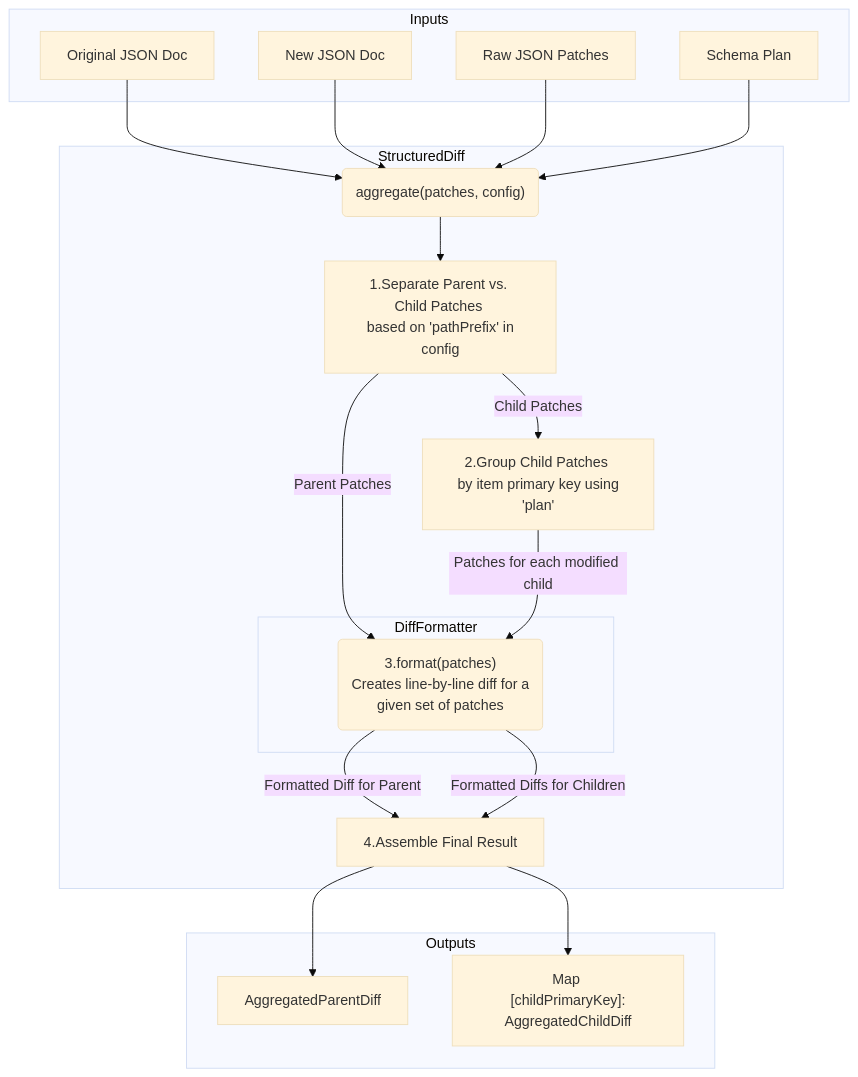
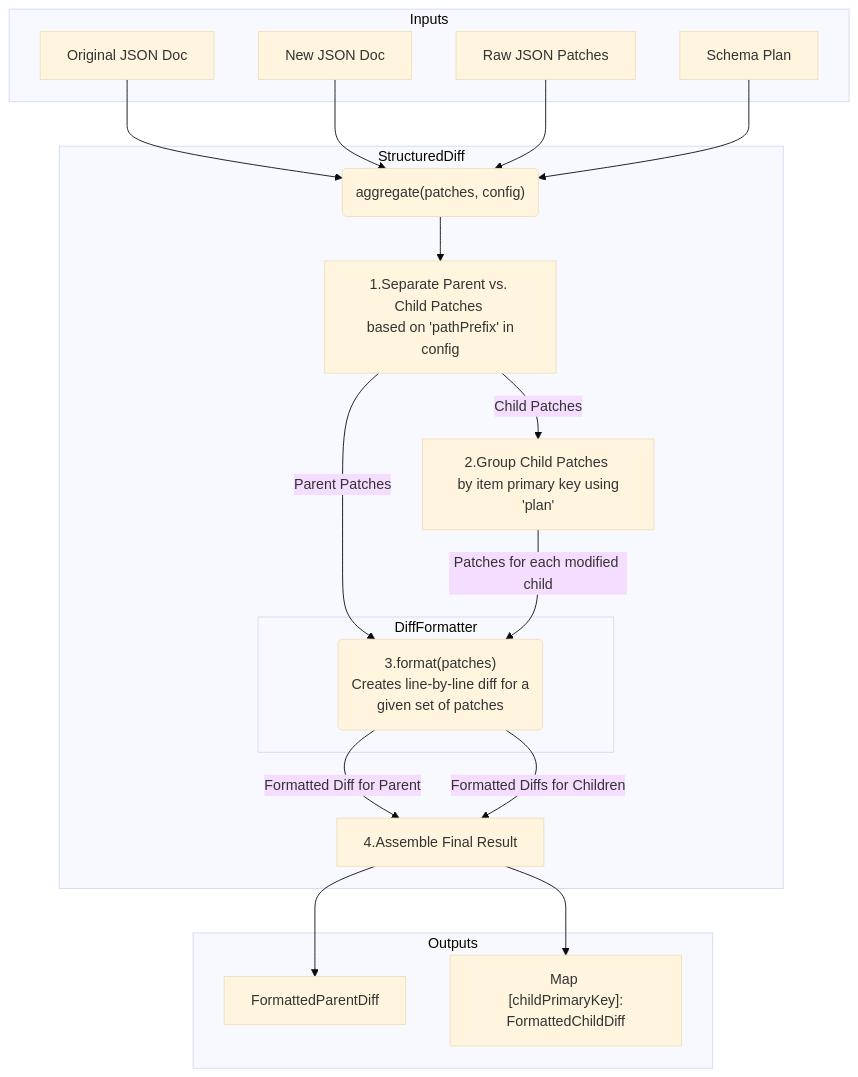
One commit to flightcontrolhq/fast-json-schema-patch changed the diagram in src/aggregators/README.md. Above: the diagram before and after it, drawn with Mermaid (base theme). The commit also changed 30 other files, not shown here.

````diff
--- a/src/aggregators/README.md
+++ b/src/aggregators/README.md
@@ -35,40 +35,40 @@
 ```mermaid
 graph TD
     subgraph "Inputs"
         A[Original JSON Doc]
         B[New JSON Doc]
         C[Raw JSON Patches]
         P[Schema Plan]
     end
 
     subgraph "StructuredDiff"
         PA_Entry("aggregate(patches, config)")
         PA_Group["1.Separate Parent vs. Child Patches <br/> based on 'pathPrefix' in config"]
         PA_ChildGroup["2.Group Child Patches <br/> by item primary key using 'plan'"]
         PA_Results["4.Assemble Final Result"]
 
     subgraph "DiffFormatter"
         DF_Format("3.format(patches) <br/> Creates line-by-line diff for a <br/> given set of patches")
     end
     end
 
     subgraph "Outputs"
-        ParentDiff["AggregatedParentDiff"]
-        ChildDiffs["Map <br/> [childPrimaryKey]: AggregatedChildDiff"]
+        ParentDiff["FormattedParentDiff"]
+        ChildDiffs["Map <br/> [childPrimaryKey]: FormattedChildDiff"]
     end
 
     A & B --> PA_Entry
     C & P --> PA_Entry
 
     PA_Entry --> PA_Group
 
     PA_Group -- Parent Patches --> DF_Format
     PA_Group -- Child Patches --> PA_ChildGroup
     PA_ChildGroup -- Patches for each modified child --> DF_Format
 
     DF_Format -- Formatted Diff for Parent --> PA_Results
     DF_Format -- Formatted Diffs for Children --> PA_Results
 
     PA_Results --> ParentDiff
     PA_Results --> ChildDiffs
 ```
````
